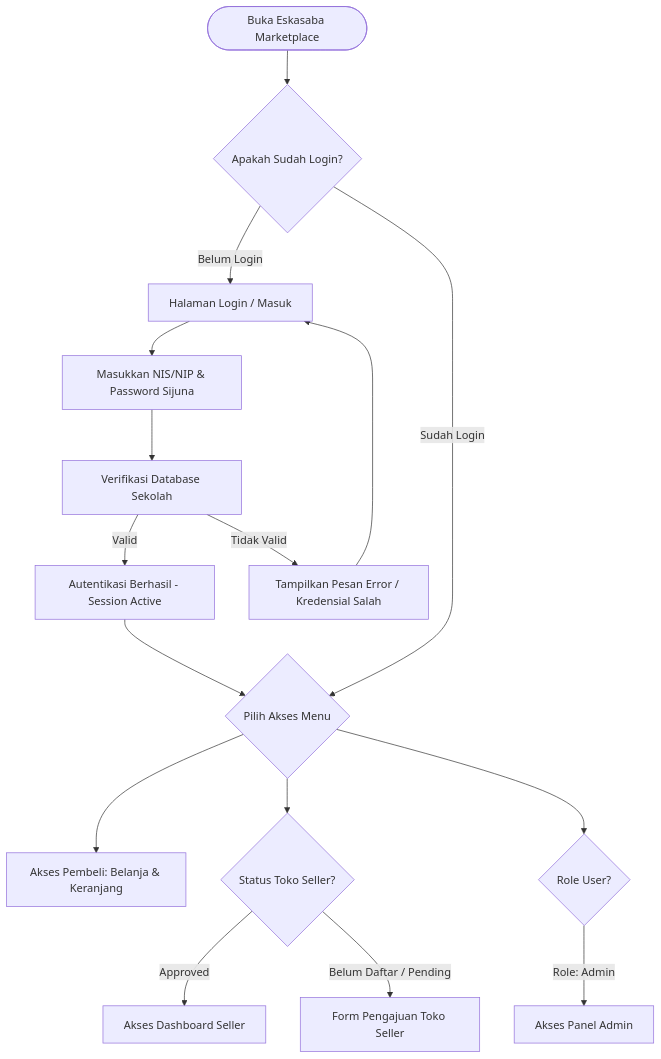
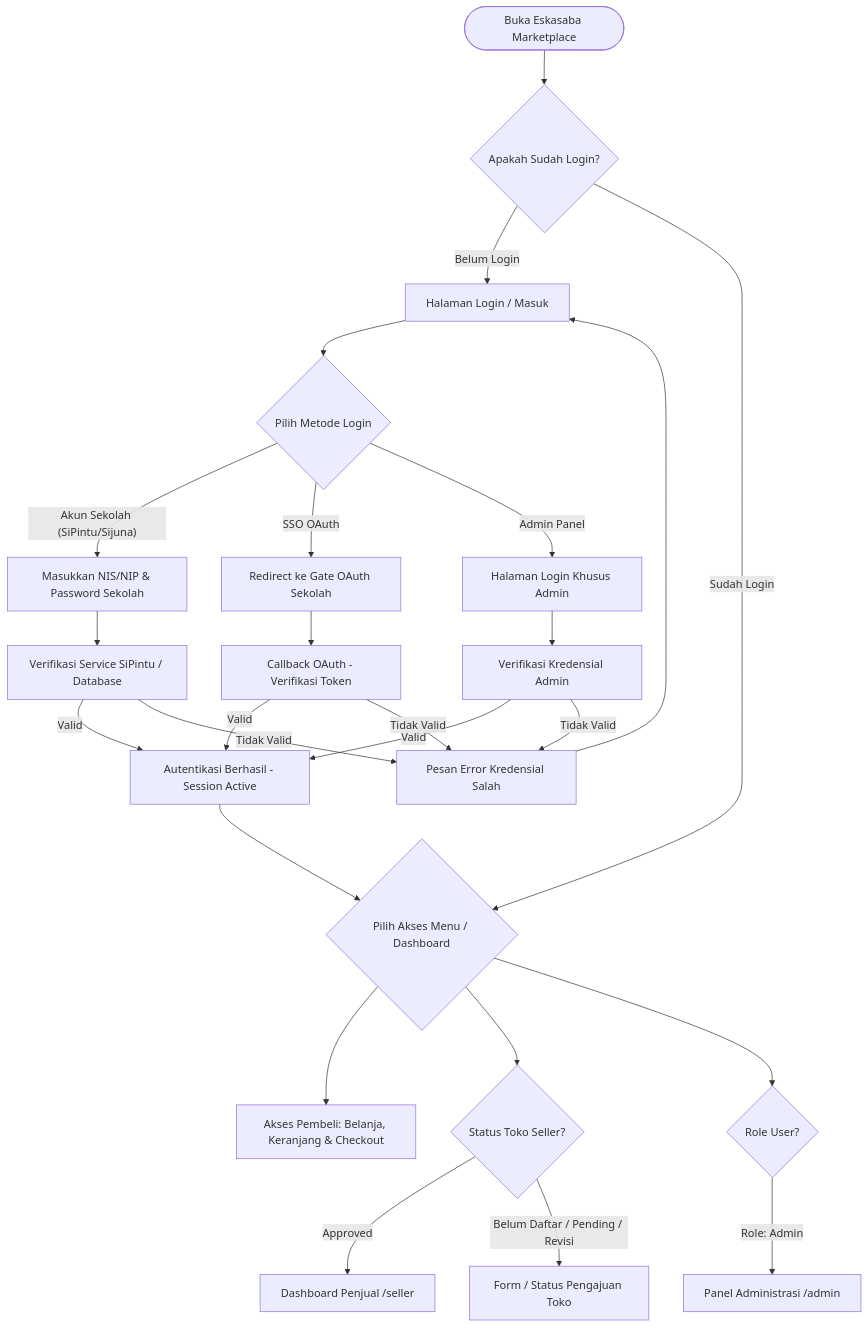
The first of 6 diagrams in FLOWCHART_USERS _ESKAMART.md (Z-Forz/Eskasaba_Marketplace), drawn with Mermaid before and after one commit. The commit also changed other lines of this file and 22 other files, not shown here.

````diff
--- a/FLOWCHART_USERS _ESKAMART.md
+++ b/FLOWCHART_USERS _ESKAMART.md
@@ -54,22 +87,34 @@
 ```mermaid
 flowchart TD
     Start([Buka Eskasaba Marketplace]) --> CheckAuth{Apakah Sudah Login?}
     
     CheckAuth -- Belum Login --> ChoiceLogin[Halaman Login / Masuk]
-    ChoiceLogin --> InputCreds[Masukkan NIS/NIP & Password Sijuna]
-    InputCreds --> SubmitLogin[Verifikasi Database Sekolah]
+    ChoiceLogin --> MethodChoice{Pilih Metode Login}
+    
+    MethodChoice -- Akun Sekolah (SiPintu/Sijuna) --> InputCreds[Masukkan NIS/NIP & Password Sekolah]
+    MethodChoice -- SSO OAuth --> OAuthRedirect[Redirect ke Gate OAuth Sekolah]
+    MethodChoice -- Admin Panel --> AdminForm[Halaman Login Khusus Admin]
+    
+    InputCreds --> SubmitLogin[Verifikasi Service SiPintu / Database]
+    OAuthRedirect --> OAuthCallback[Callback OAuth - Verifikasi Token]
+    AdminForm --> AdminVerify[Verifikasi Kredensial Admin]
     
     SubmitLogin -- Valid --> AuthSuccess[Autentikasi Berhasil - Session Active]
-    SubmitLogin -- Tidak Valid --> LoginError[Tampilkan Pesan Error / Kredensial Salah] --> ChoiceLogin
+    OAuthCallback -- Valid --> AuthSuccess
+    AdminVerify -- Valid --> AuthSuccess
     
-    CheckAuth -- Sudah Login --> UserType{Pilih Akses Menu}
+    SubmitLogin -- Tidak Valid --> LoginError[Pesan Error Kredensial Salah] --> ChoiceLogin
+    OAuthCallback -- Tidak Valid --> LoginError
+    AdminVerify -- Tidak Valid --> LoginError
+    
+    CheckAuth -- Sudah Login --> UserType{Pilih Akses Menu / Dashboard}
     AuthSuccess --> UserType
     
-    UserType --> RoleBuyer[Akses Pembeli: Belanja & Keranjang]
+    UserType --> RoleBuyer[Akses Pembeli: Belanja, Keranjang & Checkout]
     UserType --> RoleSellerCheck{Status Toko Seller?}
     UserType --> RoleAdminCheck{Role User?}
     
-    RoleAdminCheck -- Role: Admin --> AdminDash[Akses Panel Admin]
-    RoleSellerCheck -- Approved --> SellerDash[Akses Dashboard Seller]
-    RoleSellerCheck -- Belum Daftar / Pending --> ApplyForm[Form Pengajuan Toko Seller]
+    RoleAdminCheck -- Role: Admin --> AdminDash[Panel Administrasi /admin]
+    RoleSellerCheck -- Approved --> SellerDash[Dashboard Penjual /seller]
+    RoleSellerCheck -- Belum Daftar / Pending / Revisi --> ApplyForm[Form / Status Pengajuan Toko]
 ```
````
